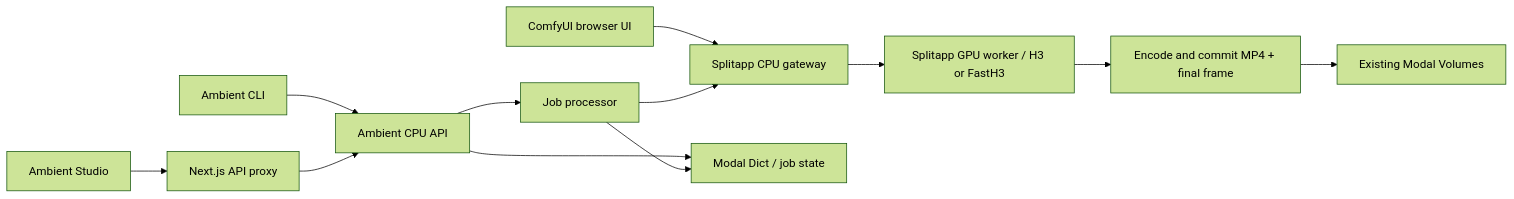
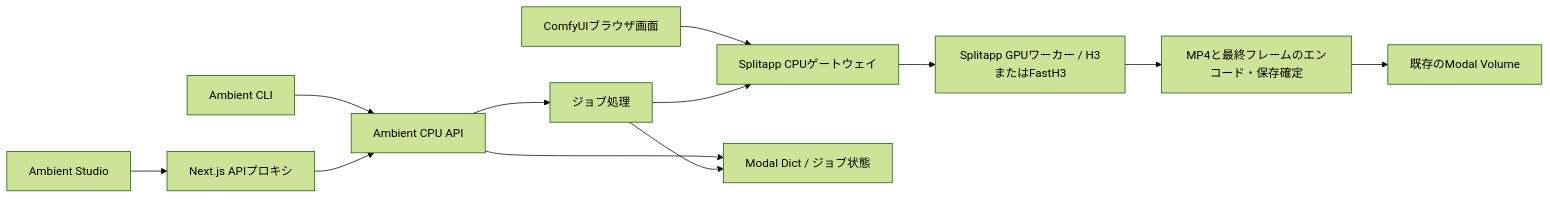
One commit to hndrr/modal-comfyui-deploy changed the diagram in docs/ambient.md. Above: the diagram before and after it, drawn with Mermaid (forest theme). The commit also changed other lines of this file and 15 other files, not shown here.

````diff
--- a/docs/ambient.md
+++ b/docs/ambient.md
@@ -34,14 +34,14 @@
 ```mermaid
 flowchart LR
     CLI[Ambient CLI] --> API
-    Studio[Ambient Studio] --> Proxy[Next.js API proxy]
+    Studio[Ambient Studio] --> Proxy[Next.js APIプロキシ]
     Proxy --> API[Ambient CPU API]
-    API --> Processor[Job processor]
-    ComfyUI[ComfyUI browser UI] --> Gateway[Splitapp CPU gateway]
+    API --> Processor[ジョブ処理]
+    ComfyUI[ComfyUIブラウザ画面] --> Gateway[Splitapp CPUゲートウェイ]
     Processor --> Gateway
-    Gateway --> H3[Splitapp GPU worker / H3 or FastH3]
-    H3 --> Storage[Encode and commit MP4 + final frame]
-    Storage --> Volumes[Existing Modal Volumes]
-    API --> Dict[Modal Dict / job state]
+    Gateway --> H3[Splitapp GPUワーカー / H3またはFastH3]
+    H3 --> Storage[MP4と最終フレームのエンコード・保存確定]
+    Storage --> Volumes[既存のModal Volume]
+    API --> Dict[Modal Dict / ジョブ状態]
     Processor --> Dict
 ```
````
